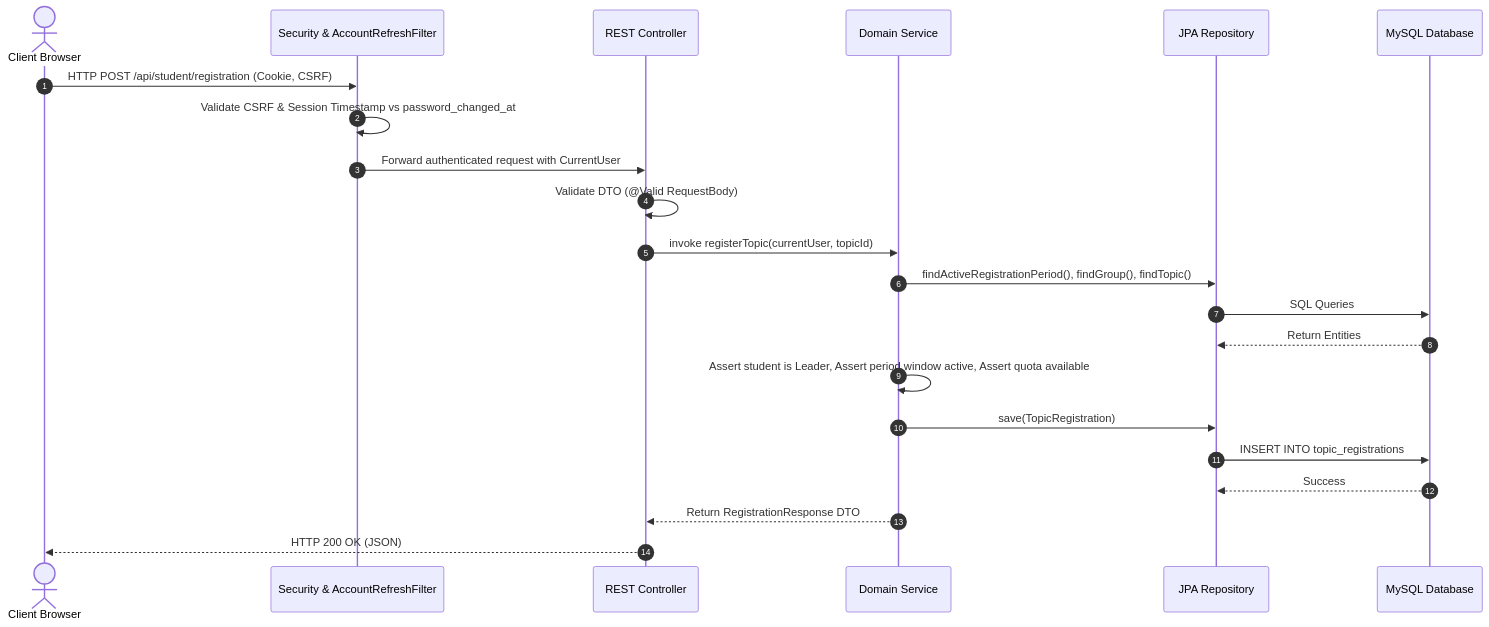
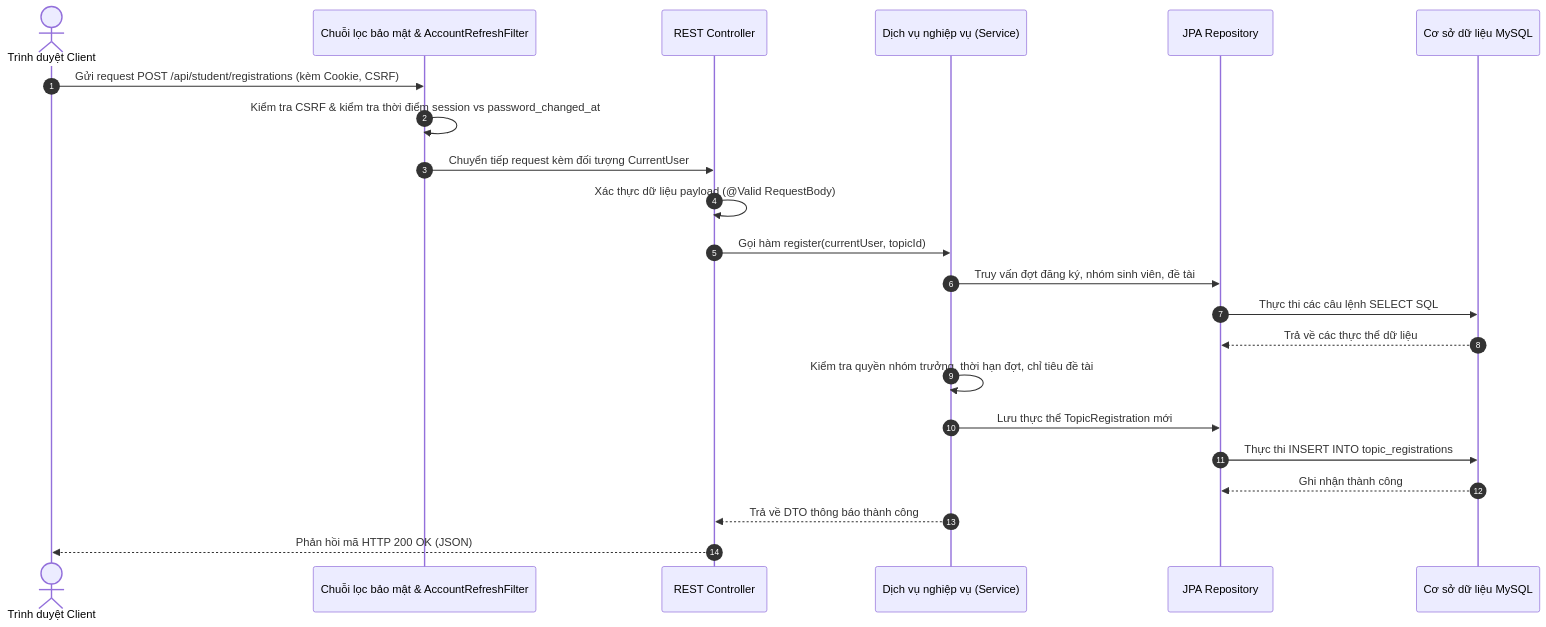
One commit to leminhhuy-ute/Web-Programming-WEPR330479- changed the second of 2 diagrams in docs/SYSTEM_ARCHITECTURE.md. Above: the diagram before and after it, drawn with Mermaid. The commit also changed other lines of this file and 18 other files, not shown here.

````diff
--- a/docs/SYSTEM_ARCHITECTURE.md
+++ b/docs/SYSTEM_ARCHITECTURE.md
@@ -81,25 +81,25 @@
 ```mermaid
 sequenceDiagram
     autonumber
-    actor User as Client Browser
-    participant Filter as Security & AccountRefreshFilter
+    actor User as Trình duyệt Client
+    participant Filter as Chuỗi lọc bảo mật & AccountRefreshFilter
     participant Controller as REST Controller
-    participant Service as Domain Service
+    participant Service as Dịch vụ nghiệp vụ (Service)
     participant Repo as JPA Repository
-    participant DB as MySQL Database
+    participant DB as Cơ sở dữ liệu MySQL
 
-    User->>Filter: HTTP POST /api/student/registration (Cookie, CSRF)
-    Filter->>Filter: Validate CSRF & Session Timestamp vs password_changed_at
-    Filter->>Controller: Forward authenticated request with CurrentUser
-    Controller->>Controller: Validate DTO (@Valid RequestBody)
-    Controller->>Service: invoke registerTopic(currentUser, topicId)
-    Service->>Repo: findActiveRegistrationPeriod(), findGroup(), findTopic()
-    Repo->>DB: SQL Queries
-    DB-->>Repo: Return Entities
-    Service->>Service: Assert student is Leader, Assert period window active, Assert quota available
-    Service->>Repo: save(TopicRegistration)
-    Repo->>DB: INSERT INTO topic_registrations
-    DB-->>Repo: Success
-    Service-->>Controller: Return RegistrationResponse DTO
-    Controller-->>User: HTTP 200 OK (JSON)
+    User->>Filter: Gửi request POST /api/student/registrations (kèm Cookie, CSRF)
+    Filter->>Filter: Kiểm tra CSRF & kiểm tra thời điểm session vs password_changed_at
+    Filter->>Controller: Chuyển tiếp request kèm đối tượng CurrentUser
+    Controller->>Controller: Xác thực dữ liệu payload (@Valid RequestBody)
+    Controller->>Service: Gọi hàm register(currentUser, topicId)
+    Service->>Repo: Truy vấn đợt đăng ký, nhóm sinh viên, đề tài
+    Repo->>DB: Thực thi các câu lệnh SELECT SQL
+    DB-->>Repo: Trả về các thực thể dữ liệu
+    Service->>Service: Kiểm tra quyền nhóm trưởng, thời hạn đợt, chỉ tiêu đề tài
+    Service->>Repo: Lưu thực thể TopicRegistration mới
+    Repo->>DB: Thực thi INSERT INTO topic_registrations
+    DB-->>Repo: Ghi nhận thành công
+    Service-->>Controller: Trả về DTO thông báo thành công
+    Controller-->>User: Phản hồi mã HTTP 200 OK (JSON)
 ```
````
